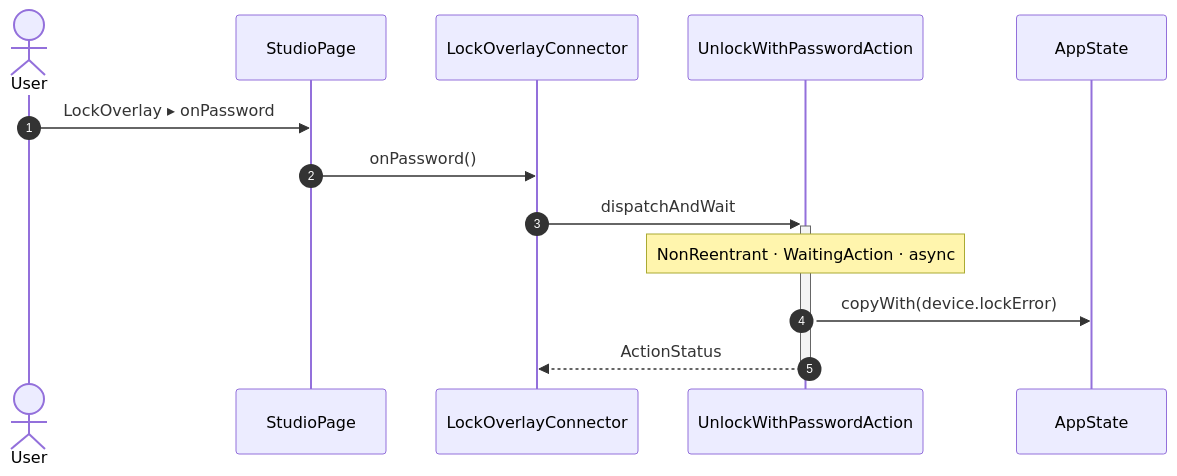
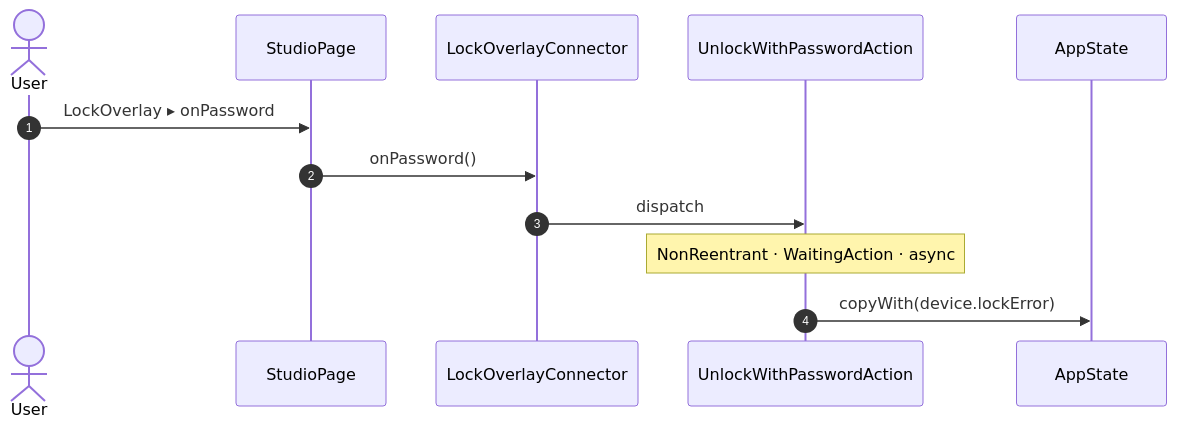
One commit to gencto/wyrm changed diagram 15 of 17 in studio/docs/flows/studio.md. Above: the diagram before and after it, drawn with Mermaid. The commit also changed other lines of this file and 90 other files, not shown here.

````diff
--- a/studio/docs/flows/studio.md
+++ b/studio/docs/flows/studio.md
@@ -278,16 +269,15 @@
 ```mermaid
 sequenceDiagram
     autonumber
     actor User
     participant UI as StudioPage
     participant R1 as LockOverlayConnector
     participant A1 as UnlockWithPasswordAction
     participant ST as AppState
 
     User->>UI: LockOverlay ▸ onPassword
     UI->>R1: onPassword()
-    R1->>+A1: dispatchAndWait
+    R1->>A1: dispatch
     Note over A1: NonReentrant · WaitingAction · async
     A1->>ST: copyWith(device.lockError)
-    A1-->>-R1: ActionStatus
 ```
````
